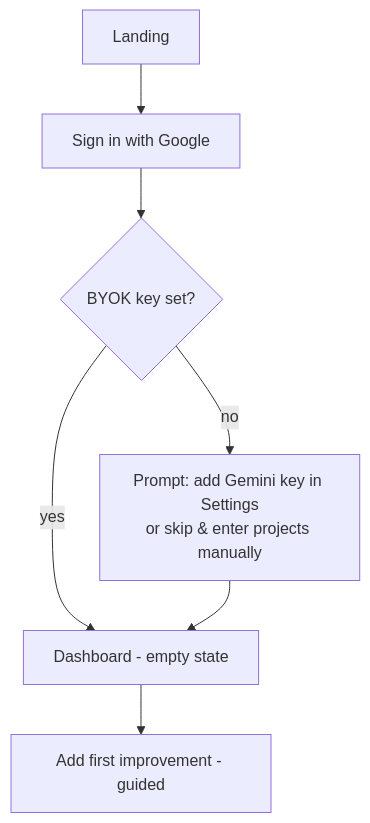
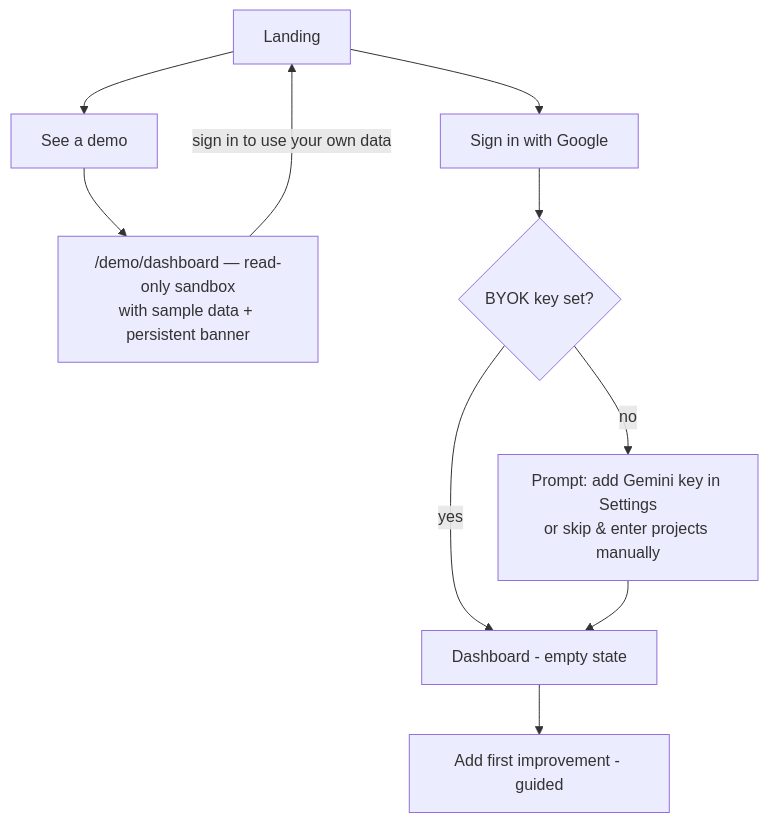
The second of 3 diagrams in docs/ui-ux-design.md (jbisasky/capital-improvements-tracker), drawn with Mermaid before and after one commit. The commit also changed other lines of this file and 11 other files, not shown here.

````diff
--- a/docs/ui-ux-design.md
+++ b/docs/ui-ux-design.md
@@ -391,9 +413,12 @@
 ```mermaid
 flowchart TD
     A[Landing] --> B[Sign in with Google]
+    A --> G["See a demo"]
+    G --> H["/demo/dashboard — read-only sandbox<br/>with sample data + persistent banner"]
+    H -->|sign in to use your own data| A
     B --> C{BYOK key set?}
     C -- no --> D[Prompt: add Gemini key in Settings<br/>or skip & enter projects manually]
     C -- yes --> E[Dashboard - empty state]
     D --> E
     E --> F[Add first improvement - guided]
 ```
````
